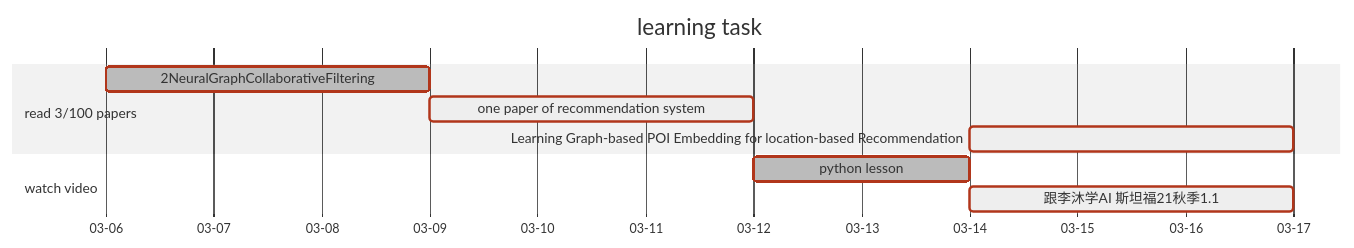
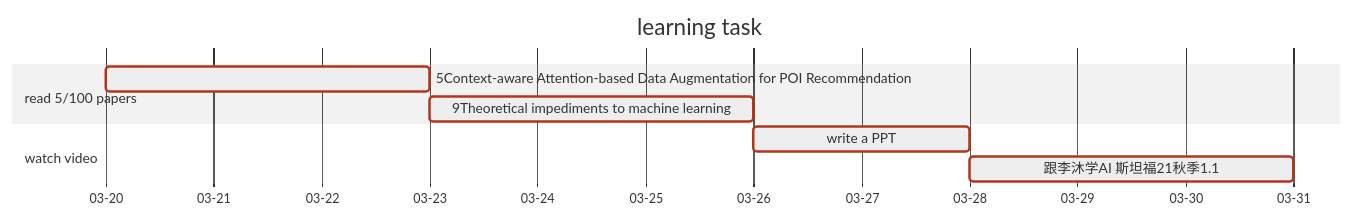
Before and after one commit to youareeverysingleday/MachineLearningAssignments: the diagram in README.md, drawn with Mermaid (neutral theme). The commit also changed 10 other files, not shown here.

Commit message:
update understanding of machine learning on 20220322.

````diff
--- a/README.md
+++ b/README.md
@@ -12,16 +12,15 @@
 ```mermaid
 gantt
     title learning task
     dateFormat YYYY-MM-DD
     %% (`excludes` accepts specific dates in YYYY-MM-DD format, days of the week ("sunday") or "weekends", but not the word "weekdays".)
     axisFormat %m-%d
 
-    section read 3/100 papers
-    2NeuralGraphCollaborativeFiltering :crit, done, rp1, 2022-03-06 , 3d
-    one paper of recommendation system :crit, active, rp2, after rp1, 3d
-    Learning Graph-based POI Embedding for location-based Recommendation: crit, active, rpPL1, 2022-03-14, 3d
+    section read 5/100 papers
+    5Context-aware Attention-based Data Augmentation for POI Recommendation :crit, active, rp1, 2022-03-20 , 3d
+    9Theoretical impediments to machine learning :crit, active, rp2, after rp1, 3d
 
     section watch video
-    python lesson:crit, done, wv1, after rp2, 2d
+    write a PPT:crit, active, wv1, after rp2, 2d
     跟李沐学AI 斯坦福21秋季1.1:crit, active, wv2, after wv1, 3d
 ```
````
